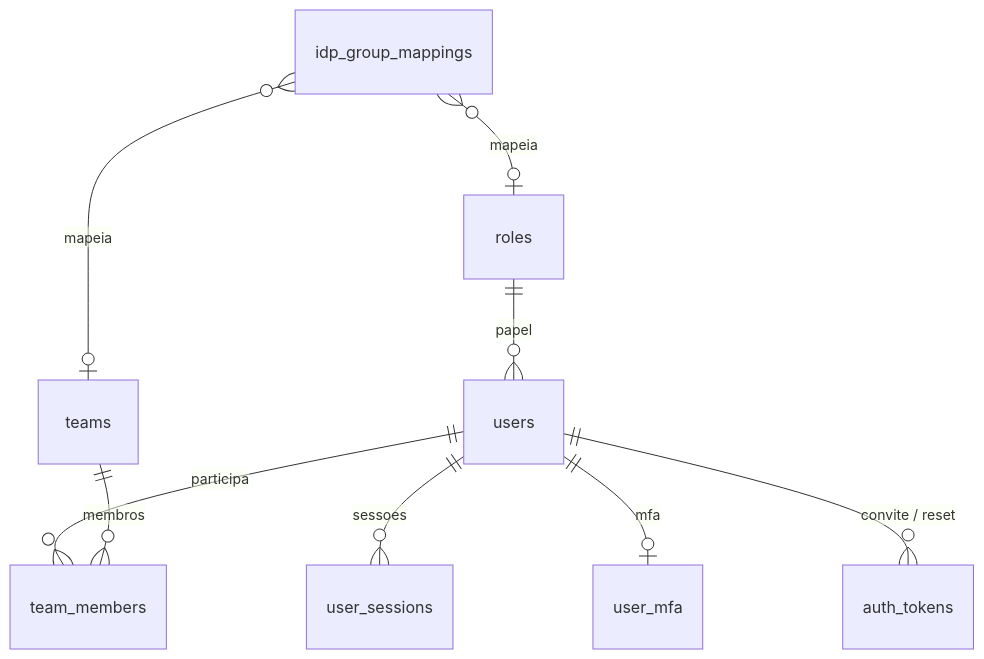
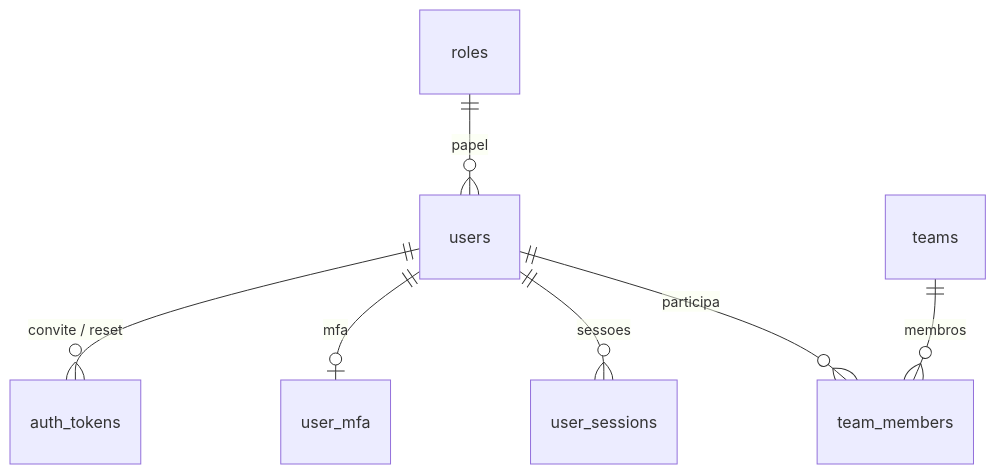
The first of 2 diagrams in docs/04-modelo-de-dados.md (0LB-i/ticketflow), drawn with Mermaid before and after one commit. The commit also changed other lines of this file and 11 other files, not shown here.

First line of the commit message:
docs: manual do servidor, repositório local e roadmap para um desenvolvedor

````diff
--- a/docs/04-modelo-de-dados.md
+++ b/docs/04-modelo-de-dados.md
@@ -11,11 +11,9 @@
 ```mermaid
 erDiagram
     roles ||--o{ users : papel
     users ||--o{ team_members : participa
     teams ||--o{ team_members : membros
     users ||--o{ user_sessions : sessoes
     users ||--o| user_mfa : mfa
     users ||--o{ auth_tokens : "convite / reset"
-    idp_group_mappings }o--o| roles : mapeia
-    idp_group_mappings }o--o| teams : mapeia
 ```
````
